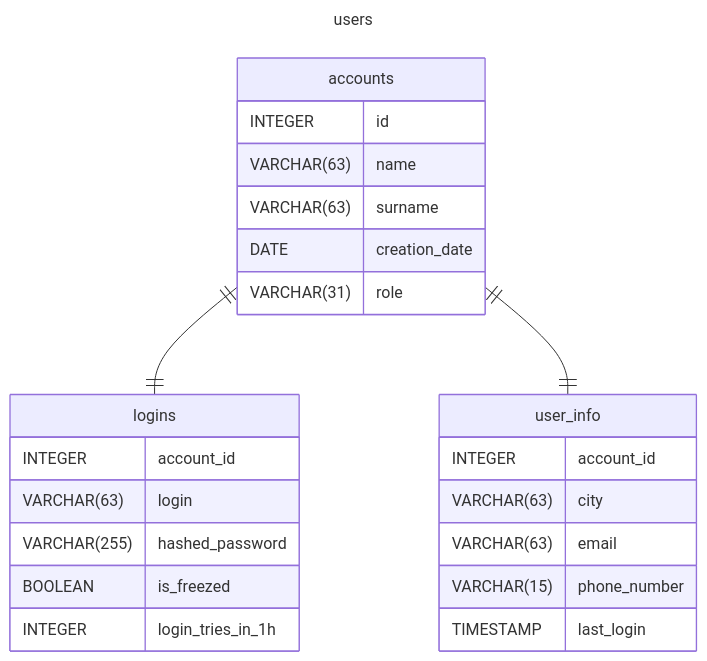
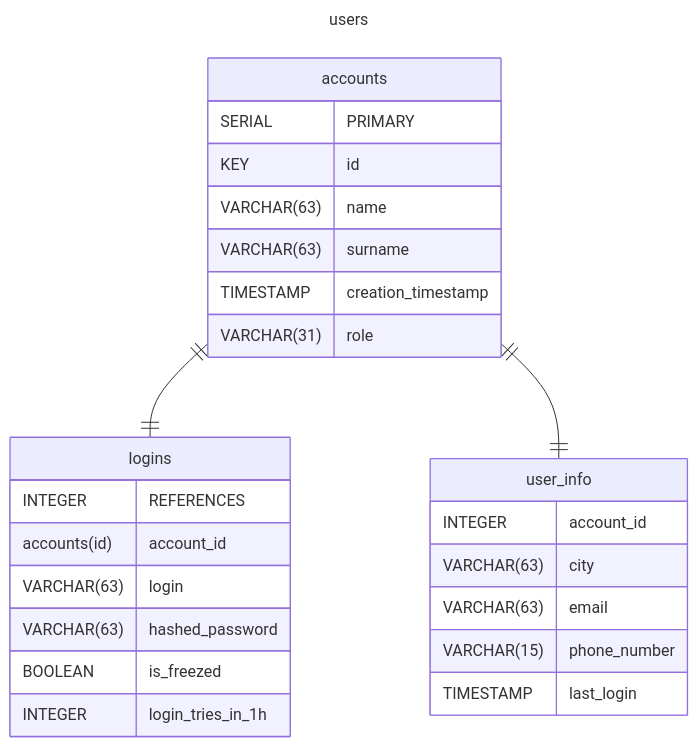
Before and after one commit to dffTu/hse_soa_course: the diagram in docs/users.mermaid, drawn with Mermaid. The commit also changed 3 other files, not shown here.

```diff
--- a/docs/users.mermaid
+++ b/docs/users.mermaid
@@ -1,28 +1,28 @@
 ---
 title: users
 ---
 erDiagram
     accounts {
-        INTEGER id
+        SERIAL PRIMARY KEY id
         VARCHAR(63) name
         VARCHAR(63) surname
-        DATE creation_date
+        TIMESTAMP creation_timestamp
         VARCHAR(31) role
     }
     logins {
-        INTEGER account_id
+        INTEGER REFERENCES accounts(id) account_id
         VARCHAR(63) login
-        VARCHAR(255) hashed_password
+        VARCHAR(63) hashed_password
         BOOLEAN is_freezed
         INTEGER login_tries_in_1h
     }
     user_info {
         INTEGER account_id
         VARCHAR(63) city
         VARCHAR(63) email
         VARCHAR(15) phone_number
         TIMESTAMP last_login
     }
 
     accounts ||--|| logins : ""
     accounts ||--|| user_info : ""
```
